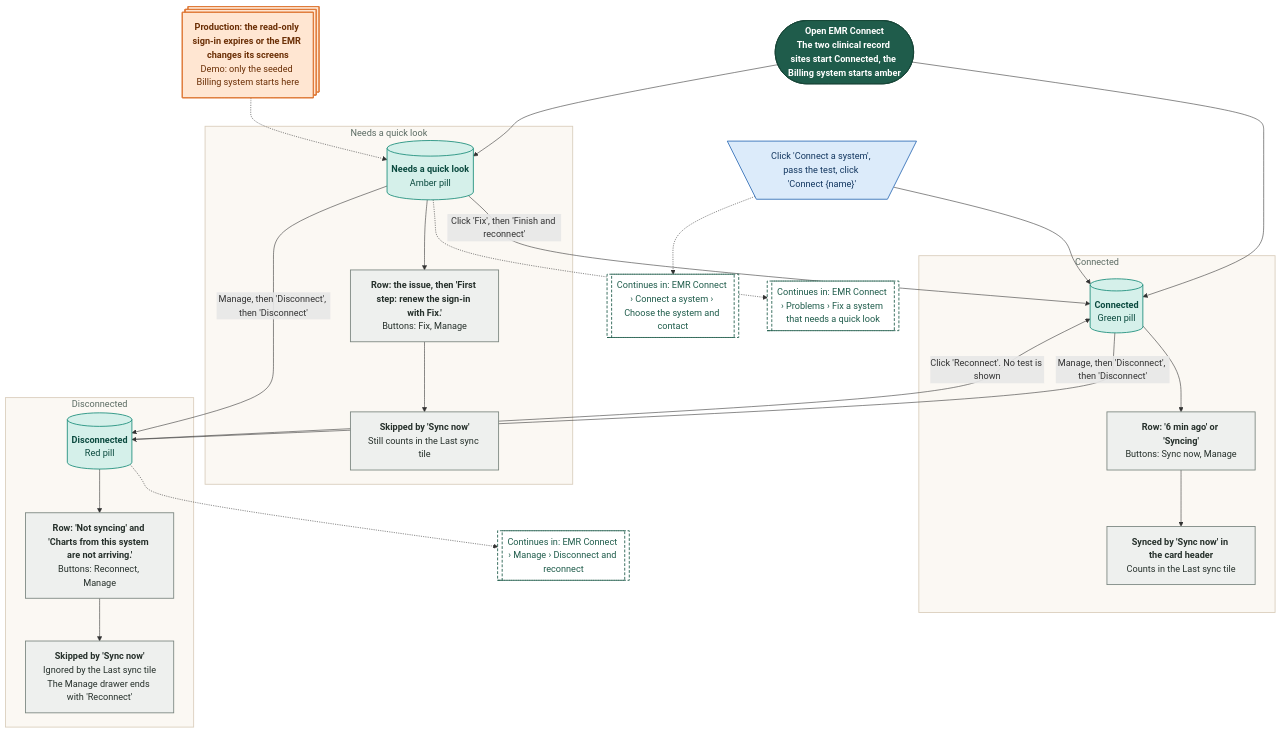
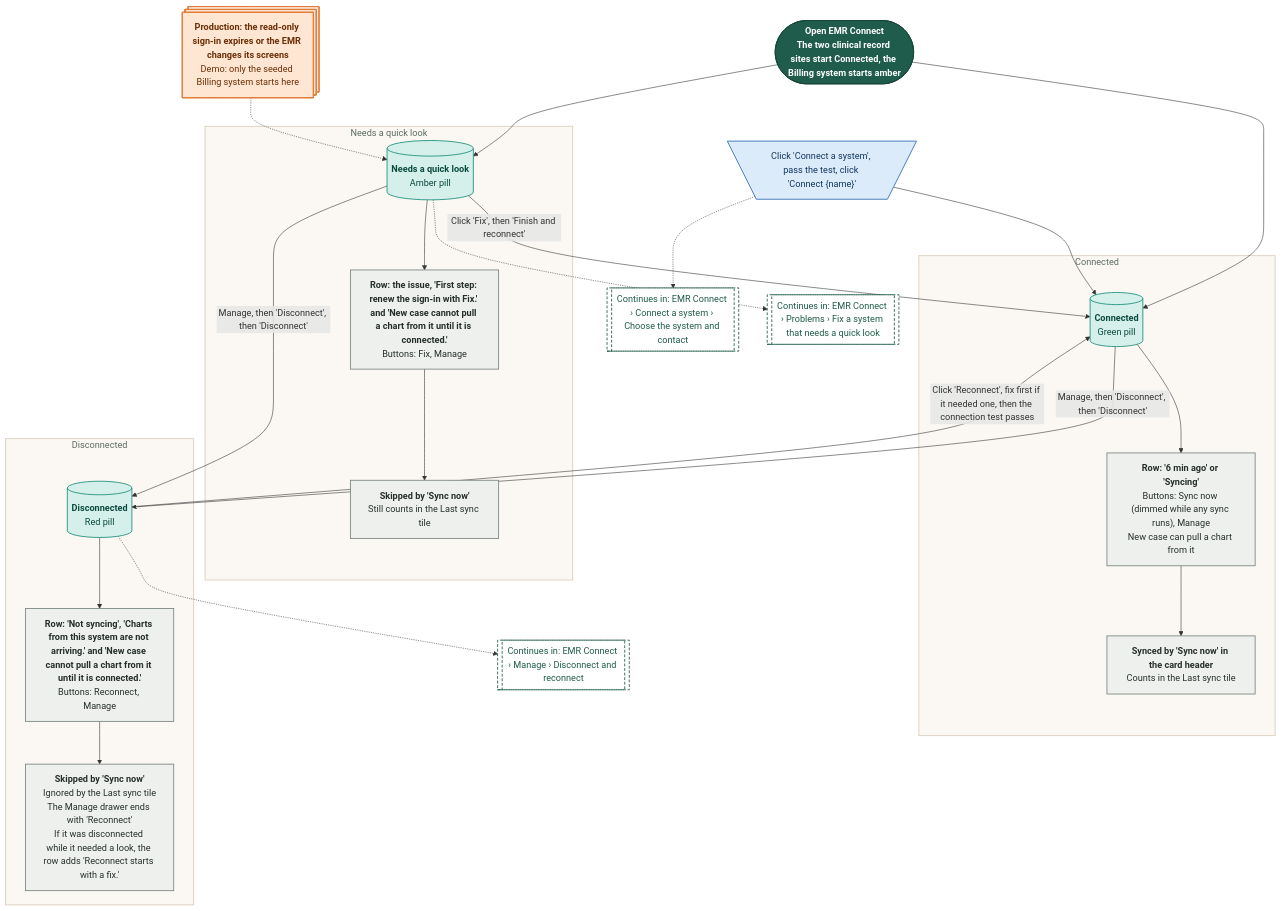
Before and after one commit to Shrav143/psyfloapp: the third of 17 diagrams in demos/prior-auth-demo/workflows/out/md/09-emr-connect.md, drawn with Mermaid. The commit also changed other lines of this file and 195 other files, not shown here.

First line of the commit message:
docs: Rebuild workflow diagrams after the demo fixes (220 diagrams)

````diff
--- a/demos/prior-auth-demo/workflows/out/md/09-emr-connect.md
+++ b/demos/prior-auth-demo/workflows/out/md/09-emr-connect.md
@@ -202,63 +207,63 @@
 ```mermaid
 %%{init: {"theme":"base","themeVariables":{"fontFamily":"'DM Sans', 'Segoe UI', system-ui, sans-serif","fontSize":"15px","lineColor":"#5B6B63","primaryTextColor":"#1C2B25","clusterBkg":"#FBF8F3","clusterBorder":"#D9CDBB","edgeLabelBackground":"#FFFFFF"},"flowchart":{"curve":"basis","nodeSpacing":36,"rankSpacing":48,"padding":12,"htmlLabels":true,"useMaxWidth":false,"wrappingWidth":230}} }%%
 flowchart TD
   classDef k_start fill:#1F5C4B,stroke:#174638,color:#FFFFFF,stroke-width:1.5px,font-weight:600
   classDef k_end fill:#DDEFE3,stroke:#2E7D4F,color:#14502F,stroke-width:1.5px,font-weight:600
   classDef k_endx fill:#FBE3E0,stroke:#C0392B,color:#7A1F16,stroke-width:1.5px,font-weight:600
   classDef k_screen fill:#FFFDF8,stroke:#1F5C4B,color:#1C2B25,stroke-width:2px
   classDef k_overlay fill:#F1F7F3,stroke:#1F5C4B,color:#1C2B25,stroke-width:2px,stroke-dasharray:5 3
   classDef k_click fill:#DCEBFA,stroke:#2F6DB5,color:#12365F,stroke-width:1.5px
   classDef k_input fill:#E4E7FF,stroke:#4C5FD5,color:#1D2670,stroke-width:1.5px
   classDef k_process fill:#EEF0EE,stroke:#7A857F,color:#26302B,stroke-width:1.5px
   classDef k_agent fill:#EEE5FA,stroke:#7A4FC2,color:#341A63,stroke-width:1.5px
   classDef k_decision fill:#FFF0CC,stroke:#D9962B,color:#5C3B00,stroke-width:1.5px
   classDef k_store fill:#D5F0EA,stroke:#1C8E7B,color:#0B4A3F,stroke-width:1.5px
   classDef k_doc fill:#F6E9DC,stroke:#B07A4C,color:#4A2E14,stroke-width:1.5px
   classDef k_ext fill:#FFE6D2,stroke:#E07B39,color:#6B2F06,stroke-width:1.5px
   classDef k_wait fill:#E4E8EE,stroke:#6B7C93,color:#26303D,stroke-width:1.5px
   classDef k_toast fill:#FFF9DB,stroke:#C9A400,color:#5A4A00,stroke-width:1.5px
   classDef k_goto fill:#FFFFFF,stroke:#1F5C4B,color:#1F5C4B,stroke-width:1.5px,stroke-dasharray:5 3
   s0@{ shape: stadium, label: "<b>Open EMR Connect</b><br/>The two clinical record sites start Connected, the Billing system starts amber" }
   n1@{ shape: trap-t, label: "Click 'Connect a system', pass the test, click 'Connect {name}'" }
   n2@{ shape: st-rect, label: "<b>Production: the read-only sign-in expires or the EMR changes its screens</b><br/>Demo: only the seeded Billing system starts here" }
   subgraph gC ["Connected"]
   sc@{ shape: cyl, label: "<b>Connected</b><br/>Green pill" }
-  c1@{ shape: rect, label: "<b>Row: '6 min ago' or 'Syncing'</b><br/>Buttons: Sync now, Manage" }
+  c1@{ shape: rect, label: "<b>Row: '6 min ago' or 'Syncing'</b><br/>Buttons: Sync now (dimmed while any sync runs), Manage<br/>New case can pull a chart from it" }
   c2@{ shape: rect, label: "<b>Synced by 'Sync now' in the card header</b><br/>Counts in the Last sync tile" }
   end
   subgraph gA ["Needs a quick look"]
   sa@{ shape: cyl, label: "<b>Needs a quick look</b><br/>Amber pill" }
-  a1@{ shape: rect, label: "<b>Row: the issue, then 'First step: renew the sign-in with Fix.'</b><br/>Buttons: Fix, Manage" }
+  a1@{ shape: rect, label: "<b>Row: the issue, 'First step: renew the sign-in with Fix.' and 'New case cannot pull a chart from it until it is connected.'</b><br/>Buttons: Fix, Manage" }
   a2@{ shape: rect, label: "<b>Skipped by 'Sync now'</b><br/>Still counts in the Last sync tile" }
   end
   subgraph gD ["Disconnected"]
   sd@{ shape: cyl, label: "<b>Disconnected</b><br/>Red pill" }
-  d1@{ shape: rect, label: "<b>Row: 'Not syncing' and 'Charts from this system are not arriving.'</b><br/>Buttons: Reconnect, Manage" }
-  d2@{ shape: rect, label: "<b>Skipped by 'Sync now'</b><br/>Ignored by the Last sync tile<br/>The Manage drawer ends with 'Reconnect'" }
+  d1@{ shape: rect, label: "<b>Row: 'Not syncing', 'Charts from this system are not arriving.' and 'New case cannot pull a chart from it until it is connected.'</b><br/>Buttons: Reconnect, Manage" }
+  d2@{ shape: rect, label: "<b>Skipped by 'Sync now'</b><br/>Ignored by the Last sync tile<br/>The Manage drawer ends with 'Reconnect'<br/>If it was disconnected while it needed a look, the row adds 'Reconnect starts with a fix.'" }
   end
   g1@{ shape: subproc, label: "Continues in: EMR Connect › Connect a system › Choose the system and contact" }
   g2@{ shape: subproc, label: "Continues in: EMR Connect › Problems › Fix a system that needs a quick look" }
   g3@{ shape: subproc, label: "Continues in: EMR Connect › Manage › Disconnect and reconnect" }
   s0 --> sc & sa
   n1 --> sc
   n1 -.-> g1
   n2 -.-> sa
   sc --> c1 --> c2
   sa --> a1 --> a2
   sd --> d1 --> d2
   sa -->|"Click 'Fix', then 'Finish and reconnect'"| sc
   sa -.-> g2
   sc -->|"Manage, then 'Disconnect', then 'Disconnect'"| sd
   sa -->|"Manage, then 'Disconnect', then 'Disconnect'"| sd
-  sd -->|"Click 'Reconnect'. No test is shown"| sc
+  sd -->|"Click 'Reconnect', fix first if it needed one, then the connection test passes"| sc
   sd -.-> g3
   class s0 k_start
   class n1 k_click
   class n2 k_ext
   class sc,sa,sd k_store
   class c1,c2,a1,a2,d1,d2 k_process
   class g1,g2,g3 k_goto
   style gC fill:#FBF8F3,stroke:#D9CDBB,stroke-width:1.5px,color:#5B6B63
   style gA fill:#FBF8F3,stroke:#D9CDBB,stroke-width:1.5px,color:#5B6B63
   style gD fill:#FBF8F3,stroke:#D9CDBB,stroke-width:1.5px,color:#5B6B63
 ```
````
